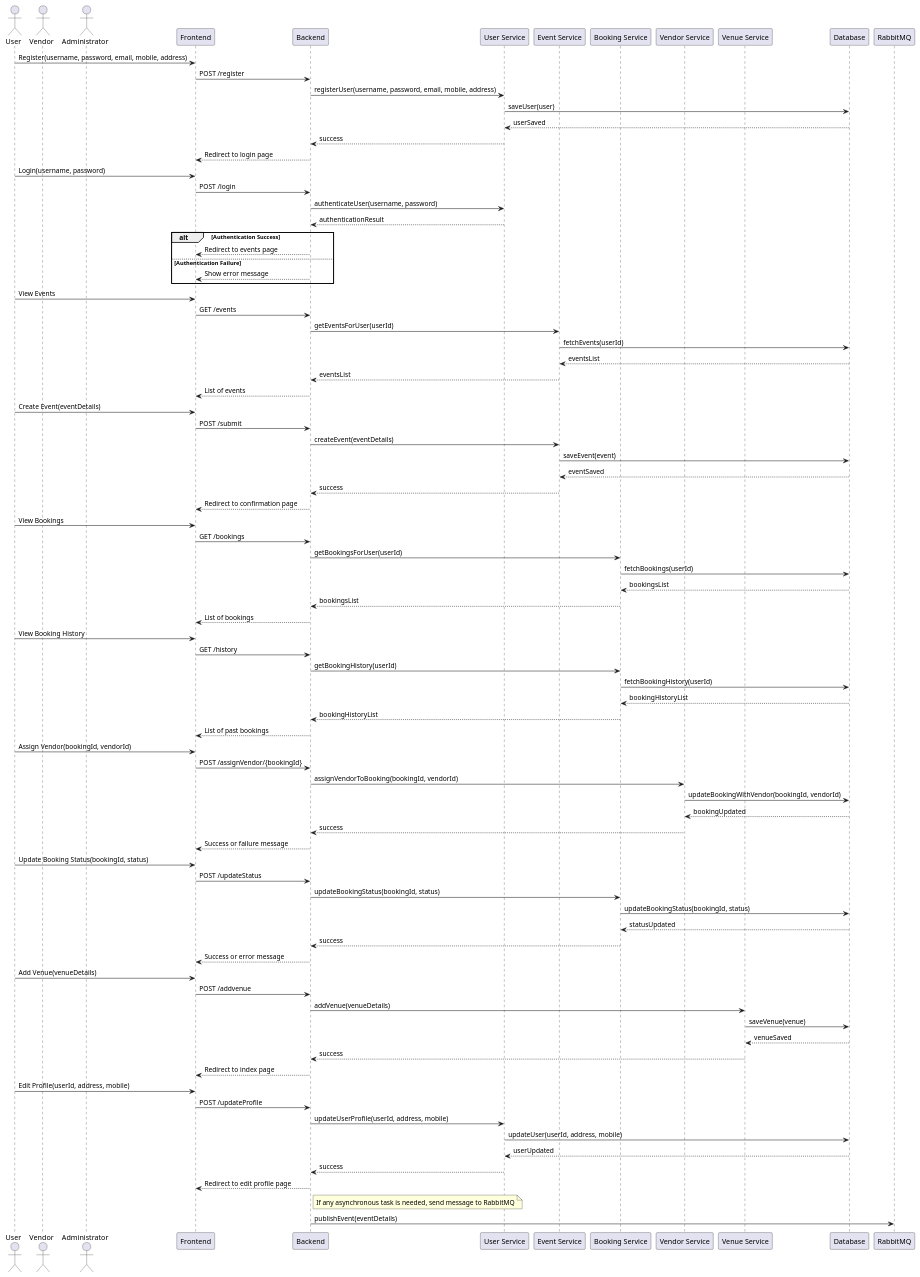
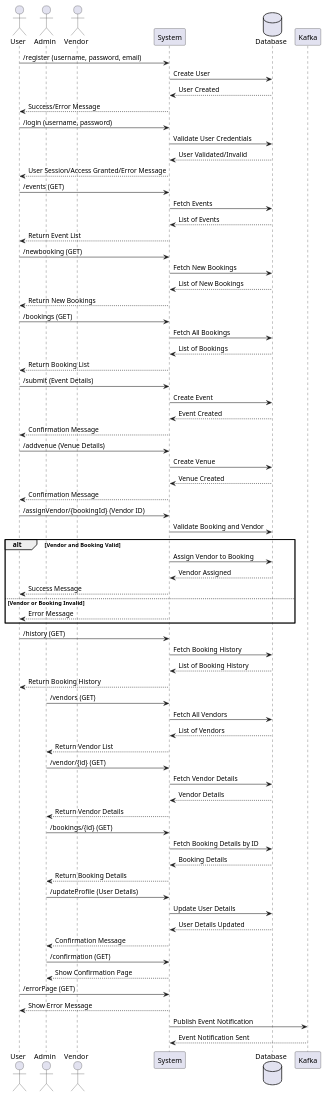
One commit to chandrakiran428/Capstone-project changed the diagram in design_document/Capstone-project.md. Above: the diagram before and after it, drawn with PlantUML. The commit also changed other lines of this file, not shown here.

````diff
--- a/design_document/Capstone-project.md
+++ b/design_document/Capstone-project.md
@@ -51,102 +63,90 @@
 ```plantuml
 @startuml
 actor User
+actor Admin
 actor Vendor
-actor Administrator
-participant "Frontend" as Frontend
-participant "Backend" as Backend
-participant "User Service" as UserService
-participant "Event Service" as EventService
-participant "Booking Service" as BookingService
-participant "Vendor Service" as VendorService
-participant "Venue Service" as VenueService
-participant "Database" as Database
-participant "RabbitMQ" as MessagingSystem
+participant "System" as System
+database "Database" as DB
+participant "Kafka" as Kafka
 
-User -> Frontend: Register(username, password, email, mobile, address)
-Frontend -> Backend: POST /register
-Backend -> UserService: registerUser(username, password, email, mobile, address)
-UserService -> Database: saveUser(user)
-Database --> UserService: userSaved
-UserService --> Backend: success
-Backend --> Frontend: Redirect to login page
+User -> System : /register (username, password, email)
+System -> DB : Create User
+DB --> System : User Created
+System --> User : Success/Error Message
 
-User -> Frontend: Login(username, password)
-Frontend -> Backend: POST /login
-Backend -> UserService: authenticateUser(username, password)
-UserService --> Backend: authenticationResult
-alt Authentication Success
-    Backend --> Frontend: Redirect to events page
-else Authentication Failure
-    Backend --> Frontend: Show error message
+User -> System : /login (username, password)
+System -> DB : Validate User Credentials
+DB --> System : User Validated/Invalid
+System --> User : User Session/Access Granted/Error Message
+
+User -> System : /events (GET)
+System -> DB : Fetch Events
+DB --> System : List of Events
+System --> User : Return Event List
+
+User -> System : /newbooking (GET)
+System -> DB : Fetch New Bookings
+DB --> System : List of New Bookings
+System --> User : Return New Bookings
+
+User -> System : /bookings (GET)
+System -> DB : Fetch All Bookings
+DB --> System : List of Bookings
+System --> User : Return Booking List
+
+User -> System : /submit (Event Details)
+System -> DB : Create Event
+DB --> System : Event Created
+System --> User : Confirmation Message
+
+User -> System : /addvenue (Venue Details)
+System -> DB : Create Venue
+DB --> System : Venue Created
+System --> User : Confirmation Message
+
+User -> System : /assignVendor/{bookingId} (Vendor ID)
+System -> DB : Validate Booking and Vendor
+alt Vendor and Booking Valid
+    System -> DB : Assign Vendor to Booking
+    DB --> System : Vendor Assigned
+    System --> User : Success Message
+else Vendor or Booking Invalid
+    System --> User : Error Message
 end
 
-User -> Frontend: View Events
-Frontend -> Backend: GET /events
-Backend -> EventService: getEventsForUser(userId)
-EventService -> Database: fetchEvents(userId)
-Database --> EventService: eventsList
-EventService --> Backend: eventsList
-Backend --> Frontend: List of events
+User -> System : /history (GET)
+System -> DB : Fetch Booking History
+DB --> System : List of Booking History
+System --> User : Return Booking History
 
-User -> Frontend: Create Event(eventDetails)
-Frontend -> Backend: POST /submit
-Backend -> EventService: createEvent(eventDetails)
-EventService -> Database: saveEvent(event)
-Database --> EventService: eventSaved
-EventService --> Backend: success
-Backend --> Frontend: Redirect to confirmation page
+Admin -> System : /vendors (GET)
+System -> DB : Fetch All Vendors
+DB --> System : List of Vendors
+System --> Admin : Return Vendor List
 
-User -> Frontend: View Bookings
-Frontend -> Backend: GET /bookings
-Backend -> BookingService: getBookingsForUser(userId)
-BookingService -> Database: fetchBookings(userId)
-Database --> BookingService: bookingsList
-BookingService --> Backend: bookingsList
-Backend --> Frontend: List of bookings
+Admin -> System : /vendor/{id} (GET)
+System -> DB : Fetch Vendor Details
+DB --> System : Vendor Details
+System --> Admin : Return Vendor Details
 
-User -> Frontend: View Booking History
-Frontend -> Backend: GET /history
-Backend -> BookingService: getBookingHistory(userId)
-BookingService -> Database: fetchBookingHistory(userId)
-Database --> BookingService: bookingHistoryList
-BookingService --> Backend: bookingHistoryList
-Backend --> Frontend: List of past bookings
+Admin -> System : /bookings/{id} (GET)
+System -> DB : Fetch Booking Details by ID
+DB --> System : Booking Details
+System --> Admin : Return Booking Details
 
-User -> Frontend: Assign Vendor(bookingId, vendorId)
-Frontend -> Backend: POST /assignVendor/{bookingId}
-Backend -> VendorService: assignVendorToBooking(bookingId, vendorId)
-VendorService -> Database: updateBookingWithVendor(bookingId, vendorId)
-Database --> VendorService: bookingUpdated
-VendorService --> Backend: success
-Backend --> Frontend: Success or failure message
+Admin -> System : /updateProfile (User Details)
+System -> DB : Update User Details
+DB --> System : User Details Updated
+System --> Admin : Confirmation Message
 
-User -> Frontend: Update Booking Status(bookingId, status)
-Frontend -> Backend: POST /updateStatus
-Backend -> BookingService: updateBookingStatus(bookingId, status)
-BookingService -> Database: updateBookingStatus(bookingId, status)
-Database --> BookingService: statusUpdated
-BookingService --> Backend: success
-Backend --> Frontend: Success or error message
+Admin -> System : /confirmation (GET)
+System --> Admin : Show Confirmation Page
 
-User -> Frontend: Add Venue(venueDetails)
-Frontend -> Backend: POST /addvenue
-Backend -> VenueService: addVenue(venueDetails)
-VenueService -> Database: saveVenue(venue)
-Database --> VenueService: venueSaved
-VenueService --> Backend: success
-Backend --> Frontend: Redirect to index page
+User -> System : /errorPage (GET)
+System --> User : Show Error Message
 
-User -> Frontend: Edit Profile(userId, address, mobile)
-Frontend -> Backend: POST /updateProfile
-Backend -> UserService: updateUserProfile(userId, address, mobile)
-UserService -> Database: updateUser(userId, address, mobile)
-Database --> UserService: userUpdated
-UserService --> Backend: success
-Backend --> Frontend: Redirect to edit profile page
-
-note right of Backend: If any asynchronous task is needed, send message to RabbitMQ
-Backend -> MessagingSystem: publishEvent(eventDetails)
+System -> Kafka : Publish Event Notification
+Kafka --> System : Event Notification Sent
 
 @enduml
 ```
````
